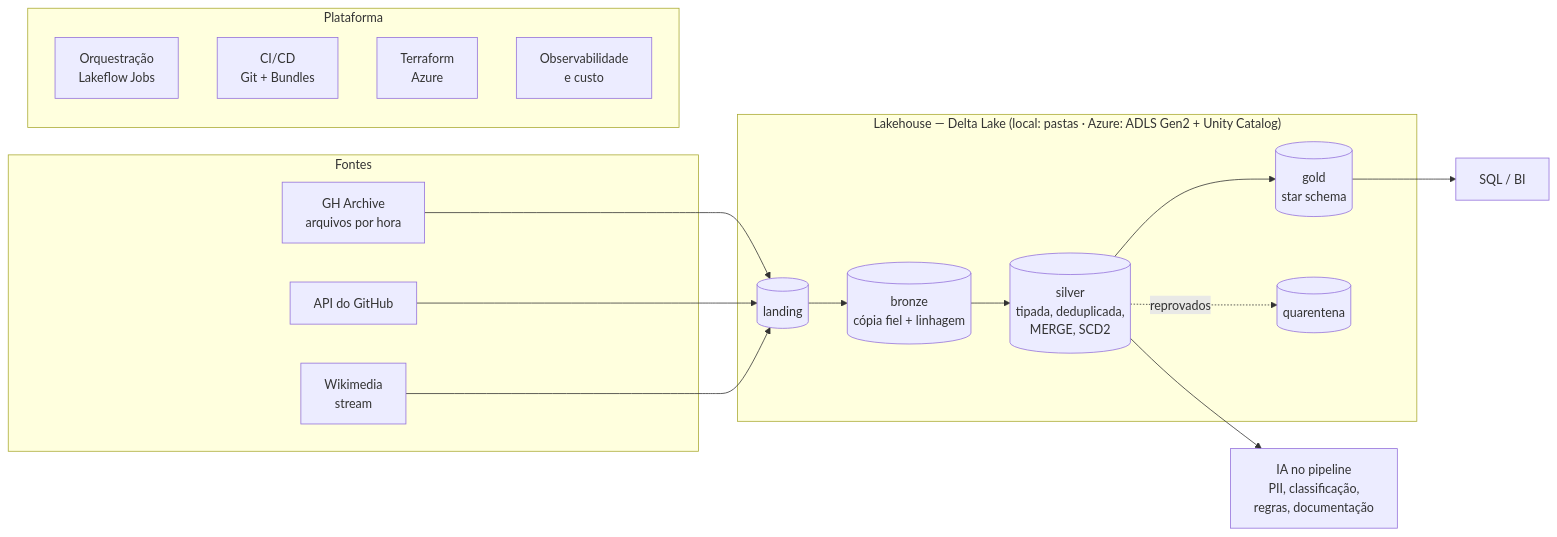
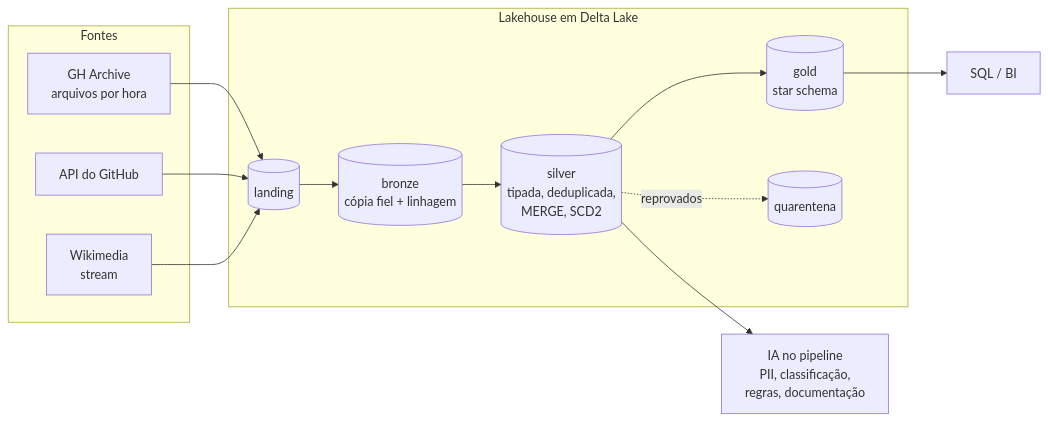
Before and after one commit to alanjoffre/oss-lakehouse: the diagram in README.md, drawn with Mermaid. The commit also changed other lines of this file and 3 other files, not shown here.

````diff
--- a/README.md
+++ b/README.md
@@ -19,25 +52,19 @@
 ```mermaid
 flowchart LR
   subgraph Fontes
     A[GH Archive<br/>arquivos por hora]
     B[API do GitHub]
     C[Wikimedia<br/>stream]
   end
-  subgraph Lakehouse["Lakehouse — Delta Lake (local: pastas · Azure: ADLS Gen2 + Unity Catalog)"]
+  subgraph Lakehouse["Lakehouse em Delta Lake"]
     L[(landing)] --> BR[(bronze<br/>cópia fiel + linhagem)]
     BR --> S[(silver<br/>tipada, deduplicada,<br/>MERGE, SCD2)]
     S --> G[(gold<br/>star schema)]
     S -.reprovados.-> Q[(quarentena)]
   end
   A --> L
   B --> L
   C --> L
   G --> BI[SQL / BI]
   S --> IA[IA no pipeline<br/>PII, classificação,<br/>regras, documentação]
-  subgraph Plataforma
-    O[Orquestração<br/>Lakeflow Jobs]
-    CI[CI/CD<br/>Git + Bundles]
-    T[Terraform<br/>Azure]
-    OB[Observabilidade<br/>e custo]
-  end
 ```
````
